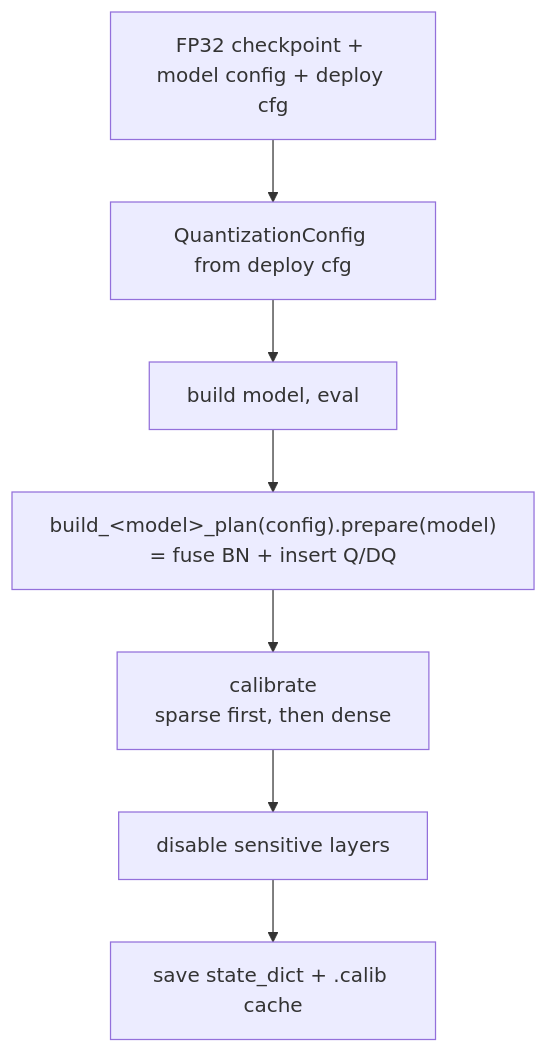
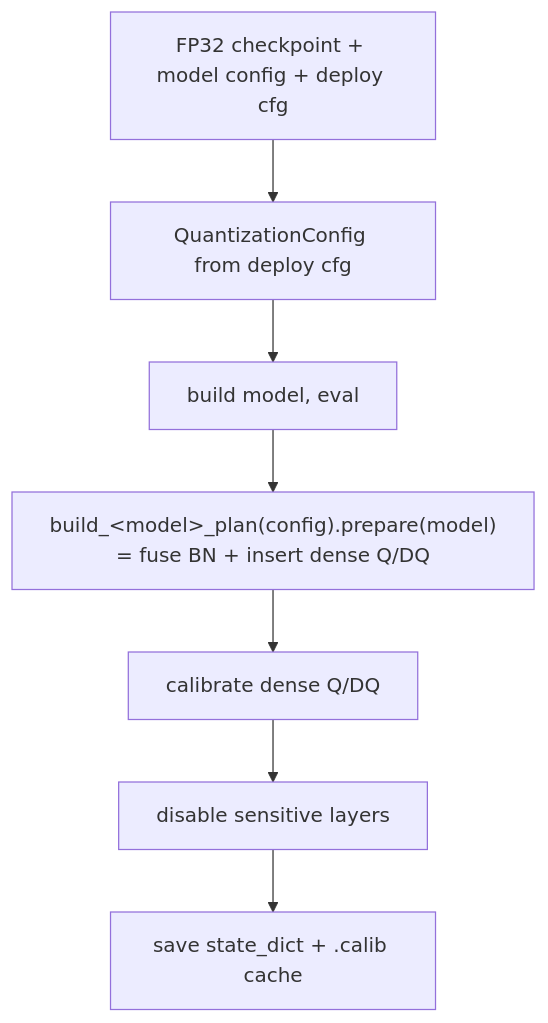
Before and after one commit to vividf/AWML: the first of 2 diagrams in deployment/quantization/README.md, drawn with Mermaid. The commit also changed other lines of this file and 51 other files, not shown here.

````diff
--- a/deployment/quantization/README.md
+++ b/deployment/quantization/README.md
@@ -132,9 +130,9 @@
 ```mermaid
 flowchart TD
     A[FP32 checkpoint + model config + deploy cfg] --> B[QuantizationConfig from deploy cfg]
     B --> C[build model, eval]
-    C --> D["build_&lt;model&gt;_plan(config).prepare(model)<br/>= fuse BN + insert Q/DQ"]
-    D --> E[calibrate<br/>sparse first, then dense]
+    C --> D["build_&lt;model&gt;_plan(config).prepare(model)<br/>= fuse BN + insert dense Q/DQ"]
+    D --> E[calibrate dense Q/DQ]
     E --> F[disable sensitive layers]
     F --> G[save state_dict + .calib cache]
 ```
````
